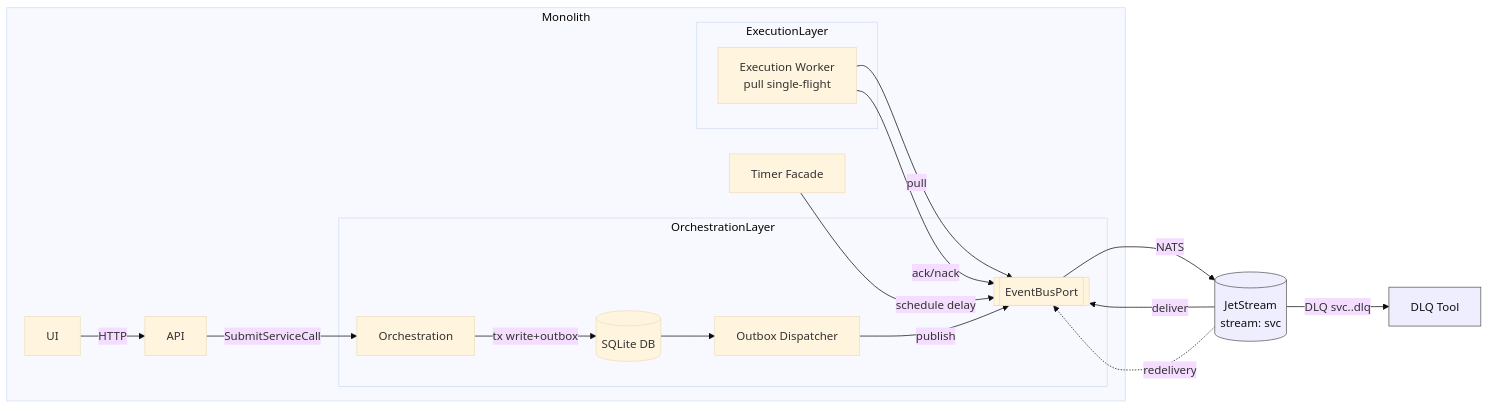
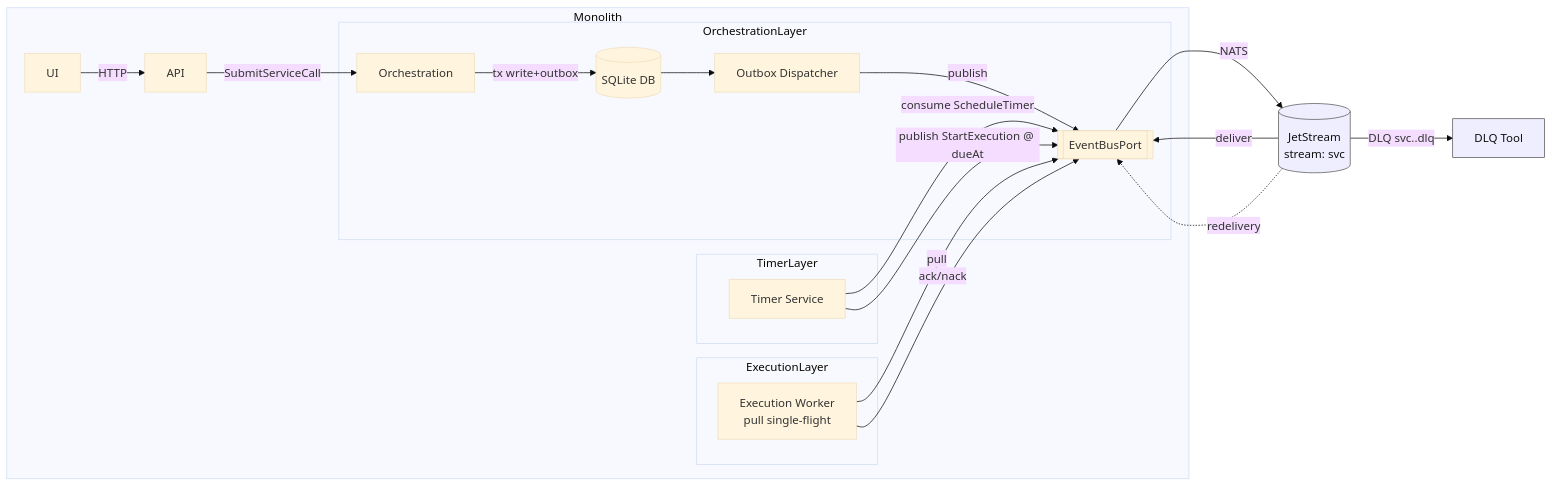
Before and after one commit to suddenlyGiovanni/event-service-agent-kata: the second of 3 diagrams in docs/decisions/ADR-0002-broker.md, drawn with Mermaid (base theme). The commit also changed other lines of this file, not shown here.

First line of the commit message:
docs(broker): correct NATS JetStream delay capability evaluation [adr: ADR-0002] (#10)

````diff
--- a/docs/decisions/ADR-0002-broker.md
+++ b/docs/decisions/ADR-0002-broker.md
@@ -466,29 +483,32 @@
 ```mermaid
 flowchart LR
 
   subgraph Monolith[Monolith]
     UI[UI] -->|HTTP| API[API]
     API -->|SubmitServiceCall| Orchestr[Orchestration]
 
     subgraph OrchestrationLayer
       Orchestr -->|tx write+outbox| DB[(SQLite DB)]
       DB --> OutboxDisp[Outbox Dispatcher]
       OutboxDisp -->|publish| EventBus[[EventBusPort]]
     end
 
+    subgraph TimerLayer
+      Timer[Timer Service] -->|consume ScheduleTimer| EventBus
+      Timer -->|publish StartExecution @ dueAt| EventBus
+    end
+
     subgraph ExecutionLayer
       Exec[Execution Worker\npull single-flight] -->|pull| EventBus
       Exec -->|ack/nack| EventBus
     end
-
-    TimerFacade[Timer Facade] -->|schedule delay| EventBus
   end
 
   EventBus -->|NATS| NATS[(JetStream\nstream: svc)]
   NATS -->|deliver| EventBus
   NATS -.->|redelivery| EventBus
   NATS -->|DLQ svc.<tenant>.dlq| DLQTool[DLQ Tool]
 
   classDef ext fill:#eef,stroke:#555,color:#111;
   class NATS,DLQTool ext;
 ```
````
